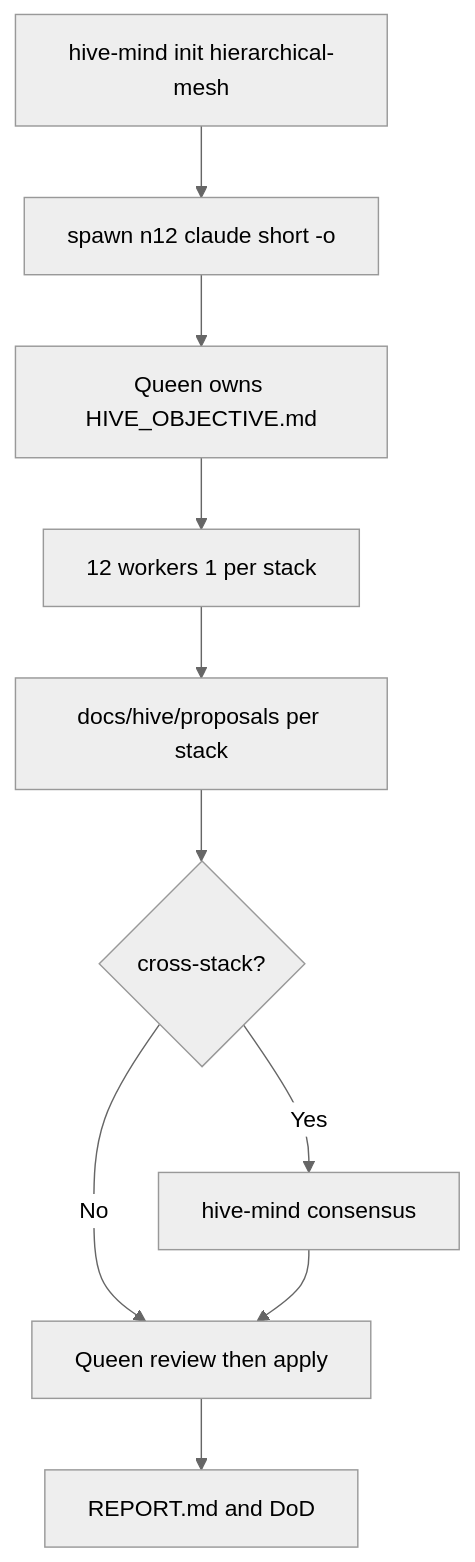
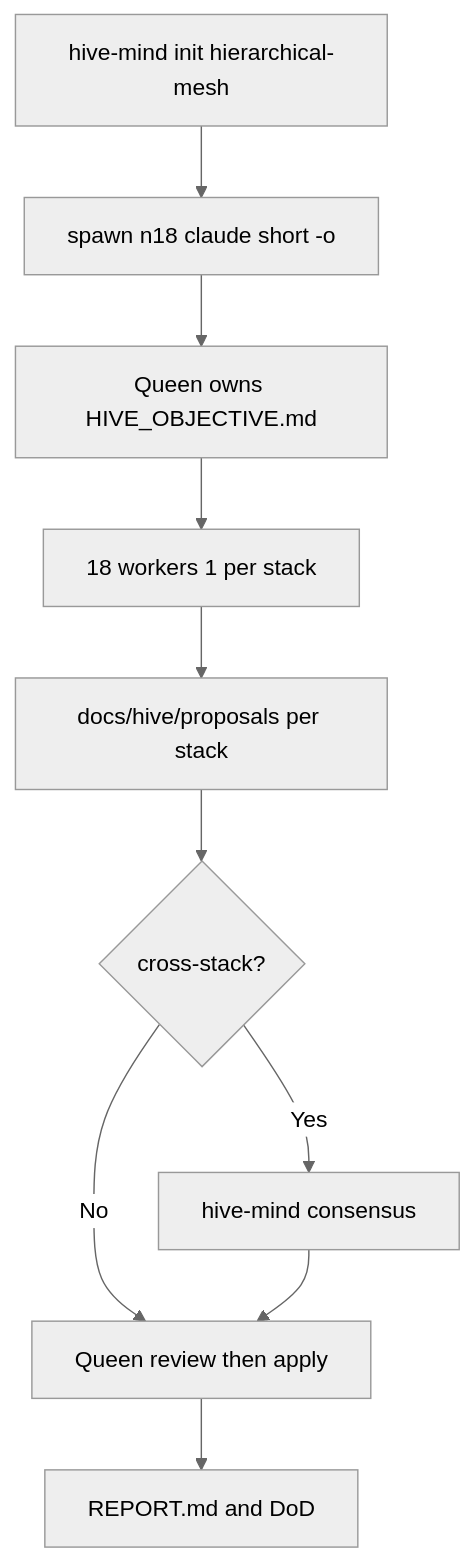
One commit to ofayese/dockge-ots changed the diagram in HIVE_OBJECTIVE.md. Above: the diagram before and after it, drawn with Mermaid (neutral theme). The commit also changed other lines of this file and 53 other files, not shown here.

````diff
--- a/HIVE_OBJECTIVE.md
+++ b/HIVE_OBJECTIVE.md
@@ -127,12 +128,12 @@
 ```mermaid
 flowchart TD
-  Init[hive-mind init hierarchical-mesh] --> Spawn[spawn n12 claude short -o]
+  Init[hive-mind init hierarchical-mesh] --> Spawn[spawn n18 claude short -o]
   Spawn --> Queen[Queen owns HIVE_OBJECTIVE.md]
-  Queen --> Fan[12 workers 1 per stack]
+  Queen --> Fan[18 workers 1 per stack]
   Fan --> P[docs/hive/proposals per stack]
   P --> X{cross-stack?}
   X -->|No| Apply[Queen review then apply]
   X -->|Yes| Cons[hive-mind consensus]
   Cons --> Apply
   Apply --> Close[REPORT.md and DoD]
 ```
````
